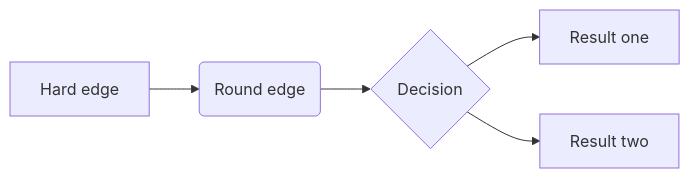
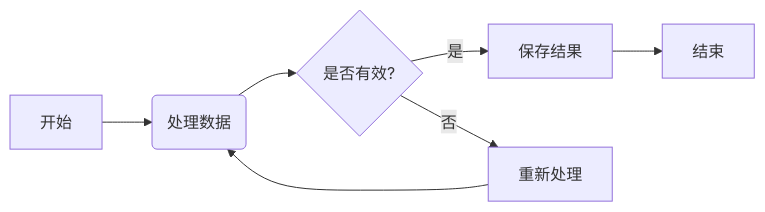
One commit to adam-ikari/markdown-ai-ecosystem changed the second of 9 diagrams in slides.md. Above: the diagram before and after it, drawn with Mermaid. The commit also changed other lines of this file and 1 other file, not shown here.

````diff
--- a/slides.md
+++ b/slides.md
@@ -273,7 +322,9 @@
 ```mermaid
 graph LR
-  A[Hard edge] --> B(Round edge)
-  B --> C{Decision}
-  C --> D[Result one]
-  C --> E[Result two]
+  A[开始] --> B(处理数据)
+  B --> C{是否有效?}
+  C -->|是| D[保存结果]
+  C -->|否| E[重新处理]
+  D --> F[结束]
+  E --> B
 ```
````
